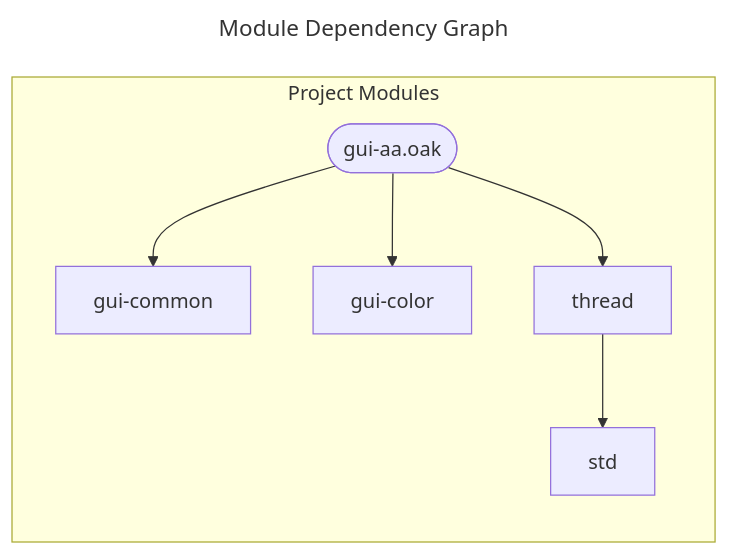
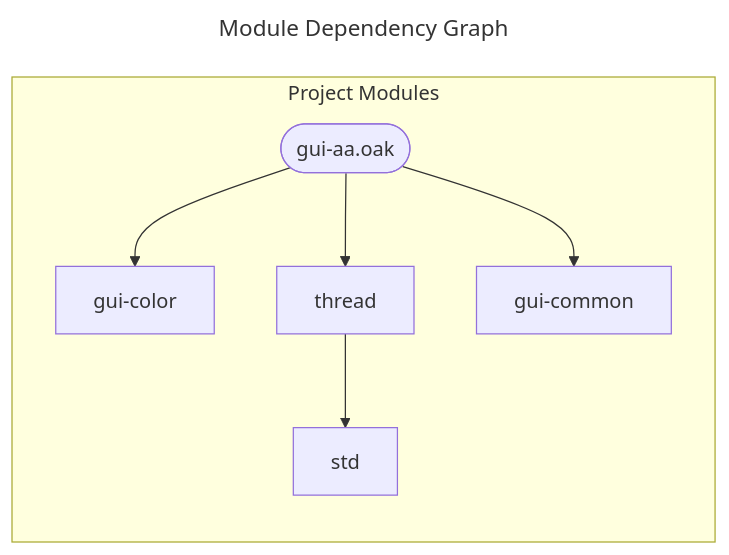
The diagram in docs/spec/gui-aa.mmd (SpcFORK/magnolia), drawn with Mermaid before and after one commit. The commit also changed other lines of this file and 607 other files, not shown here.

```diff
--- a/docs/spec/gui-aa.mmd
+++ b/docs/spec/gui-aa.mmd
@@ -1,15 +1,15 @@
 ---
 title: Module Dependency Graph
 ---
 flowchart LR
     subgraph project_modules ["Project Modules"]
-        lib_gui_aa_oak(["gui-aa.oak"])
-        gui_common["gui-common"]
         gui_color["gui-color"]
         thread["thread"]
         std["std"]
+        lib_gui_aa_oak(["gui-aa.oak"])
+        gui_common["gui-common"]
     end
+    thread --> std
     lib_gui_aa_oak --> gui_common
     lib_gui_aa_oak --> gui_color
     lib_gui_aa_oak --> thread
-    thread --> std
```
